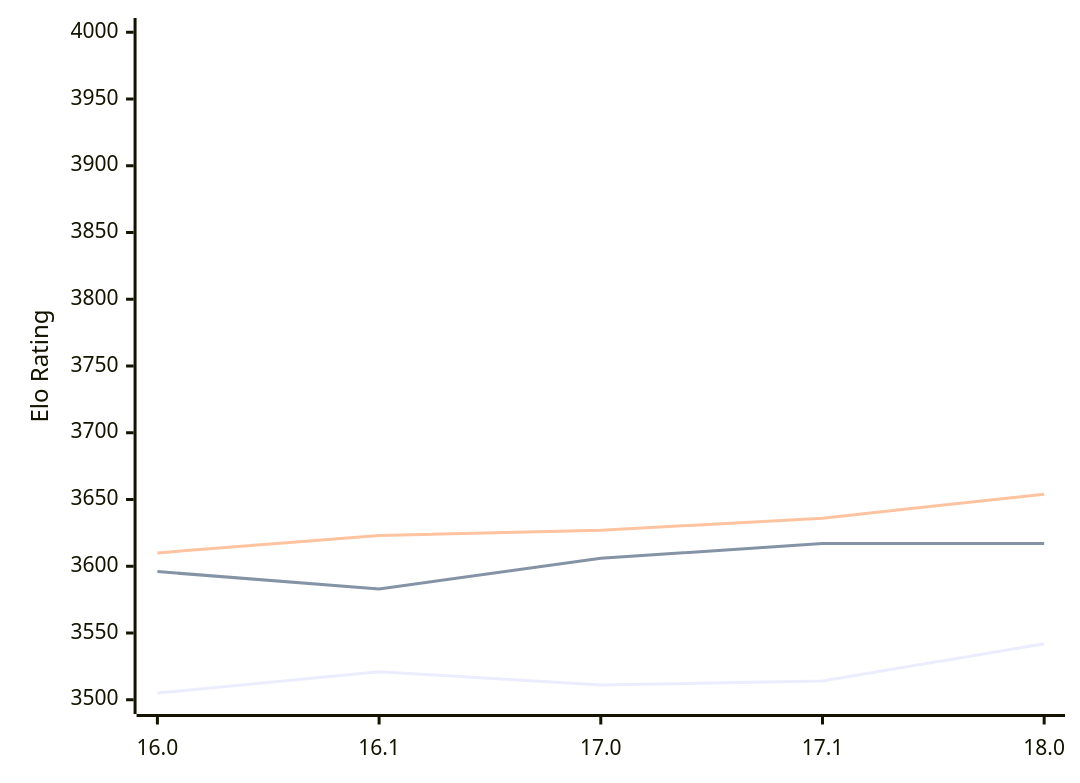
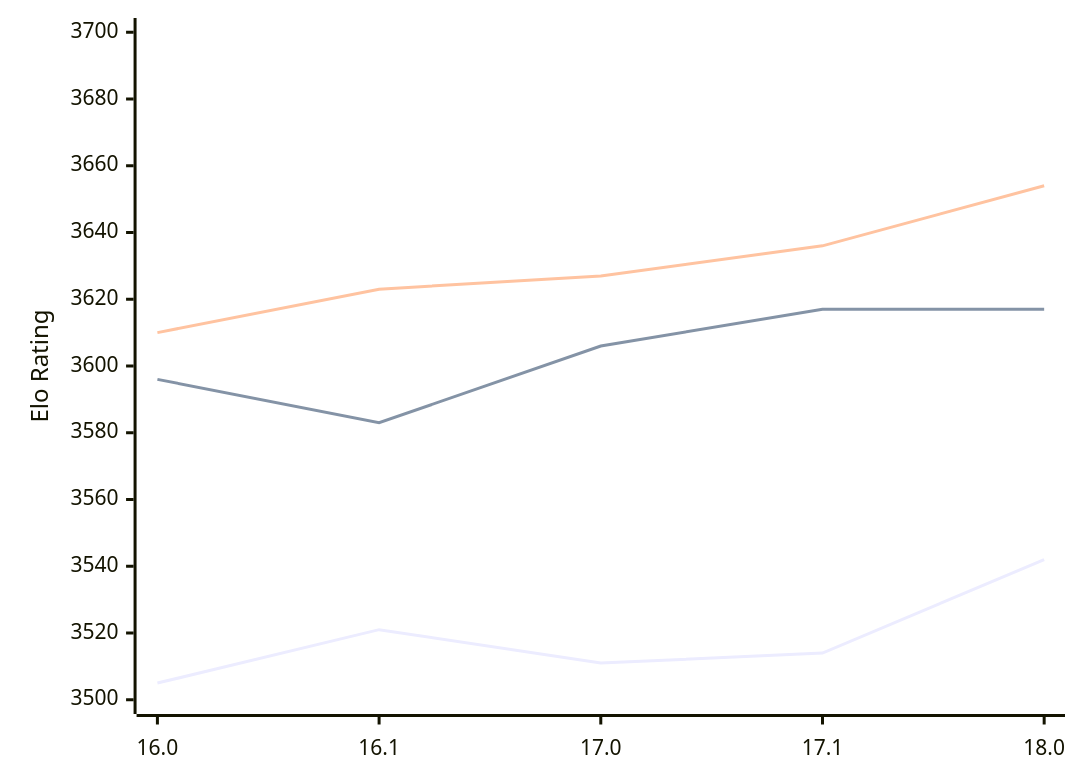
One commit to computer-chess-index/cci changed the diagram in engines/Stockfish.md. Above: the diagram before and after it, drawn with Mermaid. The commit also changed other lines of this file, not shown here.

Commit message:
Update CCI Ratings (ELO VLTC) - 2026-02-10

````diff
--- a/engines/Stockfish.md
+++ b/engines/Stockfish.md
@@ -43,9 +43,9 @@
 ```mermaid
 %%{init: {"theme":"base","themeVariables":{"seriesColors:['#a3a3a3','#222221','#faa371']}}}%%
 xychart-beta
   x-axis ["16.0", "16.1", "17.0", "17.1", "18.0"]
-  y-axis "Elo Rating" 3500 --> 4000
+  y-axis "Elo Rating" 3500 --> 3700
   line "STC (8.0+0.08s)" [3505, 3521, 3511, 3514, 3542]
   line "LTC (60.0+0.60s)" [3596, 3583, 3606, 3617, 3617]
   line "VLTC (2m24s+1.12s)" [3610, 3623, 3627, 3636, 3654]
 ```
````
